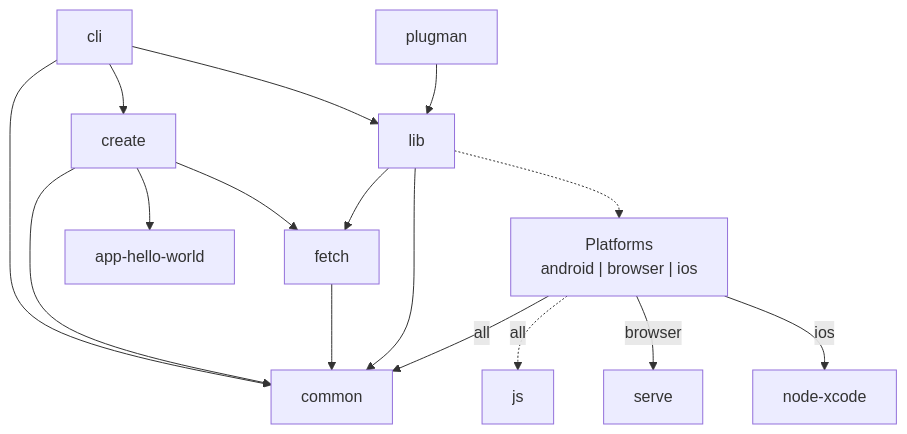
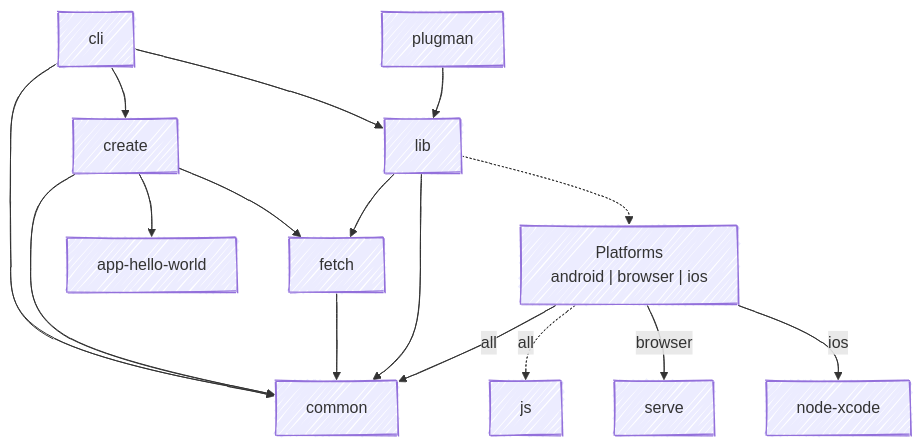
The diagram in README.md (apache/cordova), drawn with Mermaid before and after one commit.

Commit message:
`handmade` look for mermaid diagram

````diff
--- a/README.md
+++ b/README.md
@@ -20,25 +20,29 @@
 ```mermaid
+---
+config:
+  look: handDrawn
+---
 graph TD
     cli --> common
 
     create --> common
     create --> app-hello-world
     create --> fetch
     
     fetch --> common
     
     lib --> fetch
     lib --> common
     lib -.-> platforms
     
     cli --> create
     cli --> lib
 
     plugman --> lib
 
     platforms -->|all| common
     platforms -.->|all| js
     platforms -->|browser| serve
     platforms -->|ios| node-xcode
     platforms["Platforms<br/>android | browser | ios"]
 ```
````
